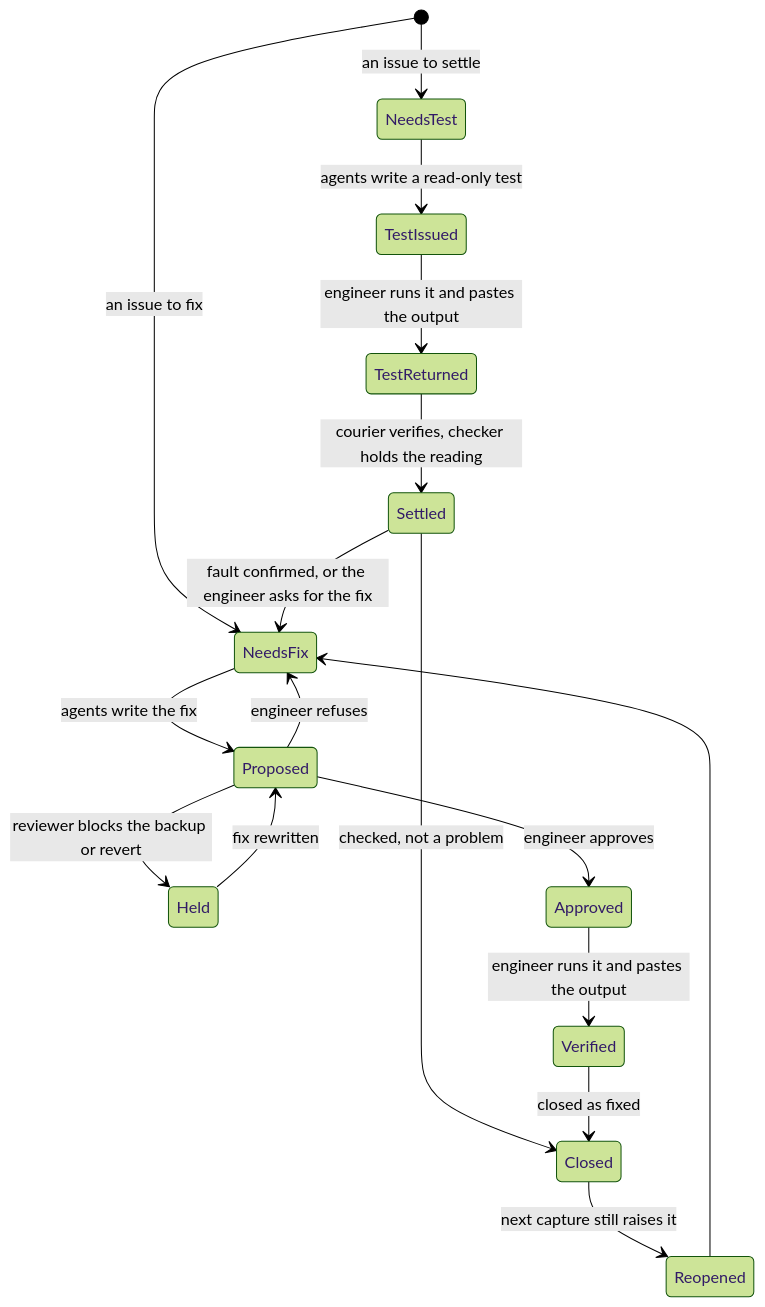
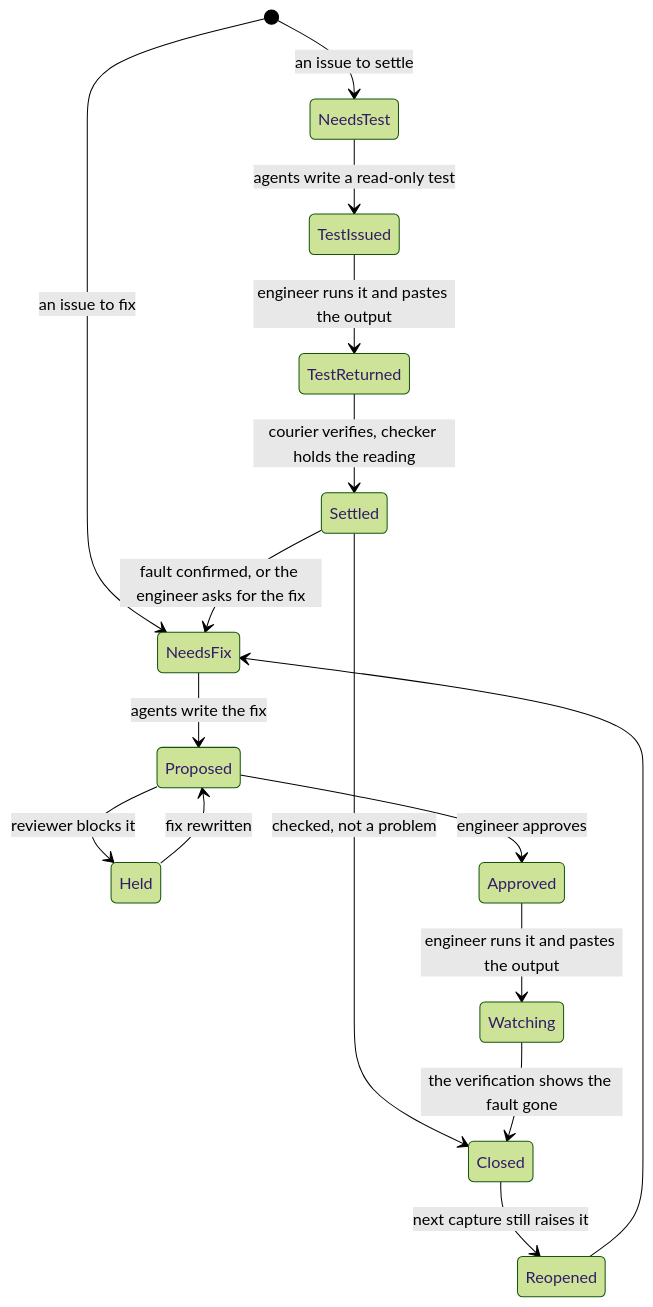
Before and after one commit to RyanH-sudo/ninjatoolkit-case-study: the fifth of 8 diagrams in CASE_STUDY.md, drawn with Mermaid (forest theme). The commit also changed other lines of this file and 2 other files, not shown here.

````diff
--- a/CASE_STUDY.md
+++ b/CASE_STUDY.md
@@ -639,19 +850,18 @@
 ```mermaid
 stateDiagram-v2
     [*] --> NeedsTest: an issue to settle
     [*] --> NeedsFix: an issue to fix
     NeedsTest --> TestIssued: agents write a read-only test
     TestIssued --> TestReturned: engineer runs it and pastes the output
     TestReturned --> Settled: courier verifies, checker holds the reading
     Settled --> NeedsFix: fault confirmed, or the engineer asks for the fix
     Settled --> Closed: checked, not a problem
     NeedsFix --> Proposed: agents write the fix
-    Proposed --> Held: reviewer blocks the backup or revert
+    Proposed --> Held: reviewer blocks it
     Held --> Proposed: fix rewritten
     Proposed --> Approved: engineer approves
-    Proposed --> NeedsFix: engineer refuses
-    Approved --> Verified: engineer runs it and pastes the output
-    Verified --> Closed: closed as fixed
+    Approved --> Watching: engineer runs it and pastes the output
+    Watching --> Closed: the verification shows the fault gone
     Closed --> Reopened: next capture still raises it
     Reopened --> NeedsFix
 ```
````
